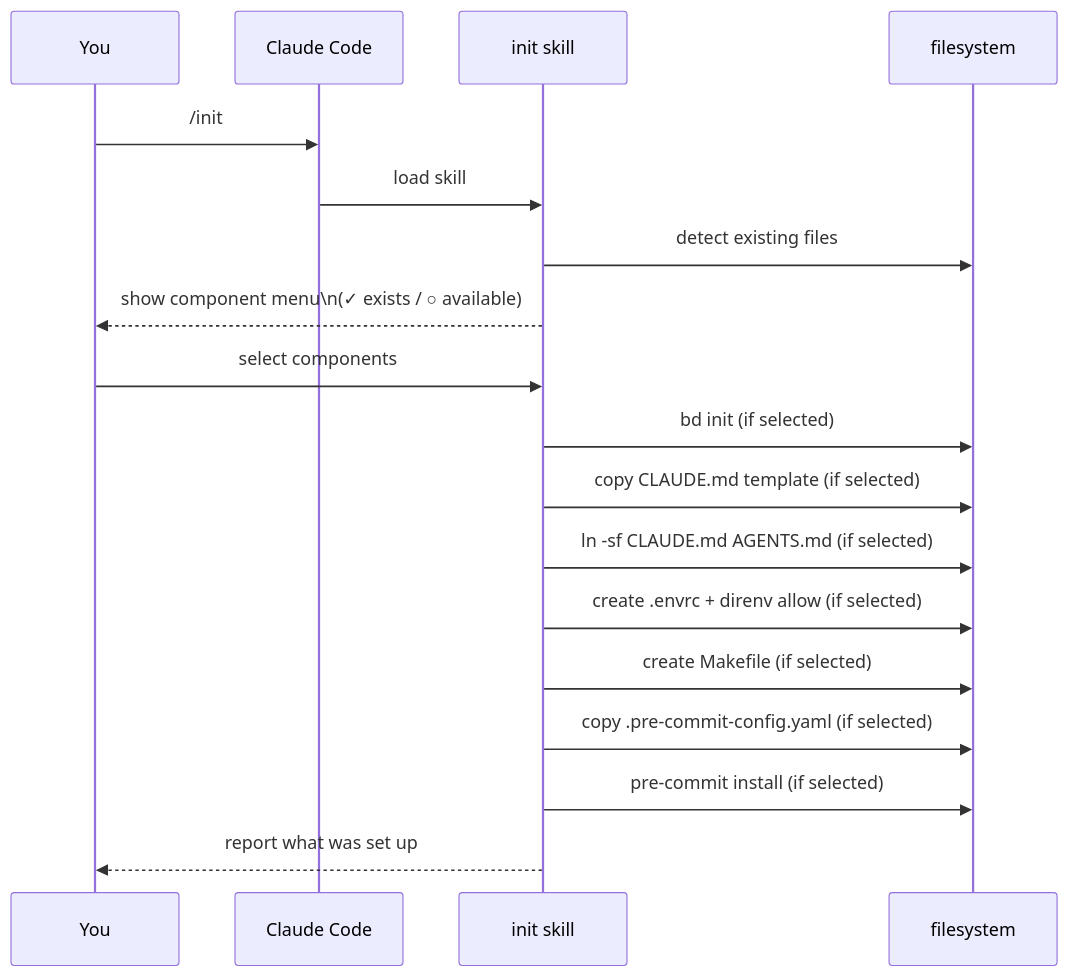
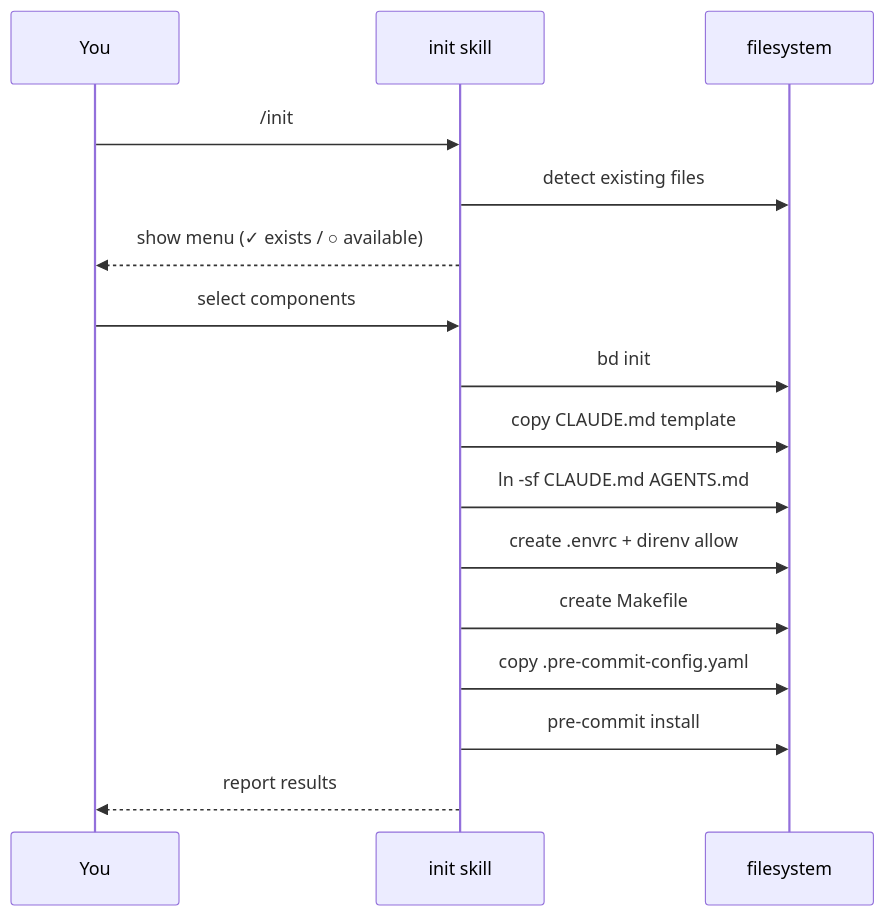
Before and after one commit to citadelgrad/scott-cc: the second of 2 diagrams in docs/setup-architecture.md, drawn with Mermaid. The commit also changed other lines of this file and 3 other files, not shown here.

````diff
--- a/docs/setup-architecture.md
+++ b/docs/setup-architecture.md
@@ -133,21 +40,19 @@
 ```mermaid
 sequenceDiagram
     participant U as You
-    participant C as Claude Code
     participant S as init skill
     participant FS as filesystem
 
-    U->>C: /init
-    C->>S: load skill
+    U->>S: /init
     S->>FS: detect existing files
-    S-->>U: show component menu\n(✓ exists / ○ available)
+    S-->>U: show menu (✓ exists / ○ available)
     U->>S: select components
-    S->>FS: bd init (if selected)
-    S->>FS: copy CLAUDE.md template (if selected)
-    S->>FS: ln -sf CLAUDE.md AGENTS.md (if selected)
-    S->>FS: create .envrc + direnv allow (if selected)
-    S->>FS: create Makefile (if selected)
-    S->>FS: copy .pre-commit-config.yaml (if selected)
-    S->>FS: pre-commit install (if selected)
-    S-->>U: report what was set up
+    S->>FS: bd init
+    S->>FS: copy CLAUDE.md template
+    S->>FS: ln -sf CLAUDE.md AGENTS.md
+    S->>FS: create .envrc + direnv allow
+    S->>FS: create Makefile
+    S->>FS: copy .pre-commit-config.yaml
+    S->>FS: pre-commit install
+    S-->>U: report results
 ```
````
